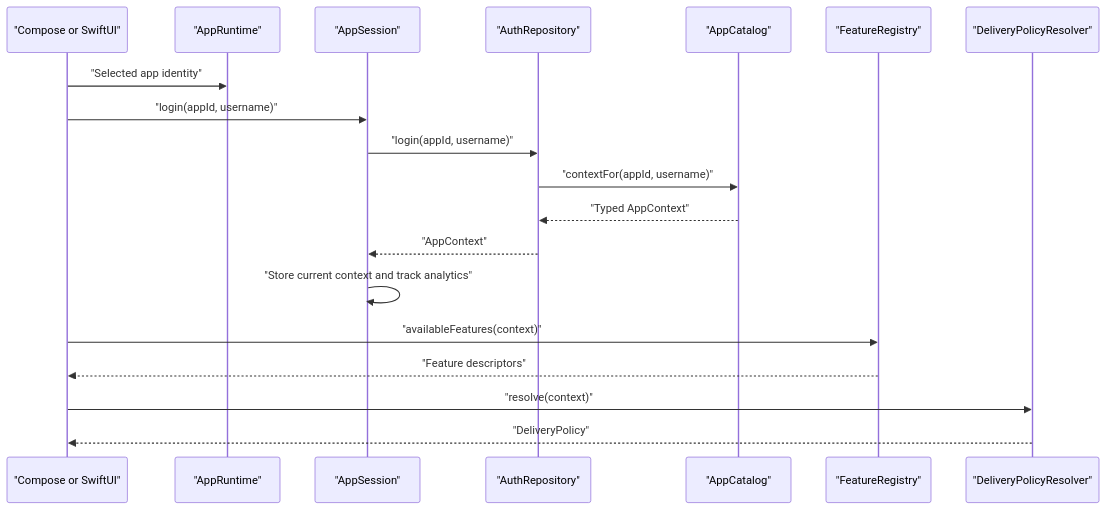
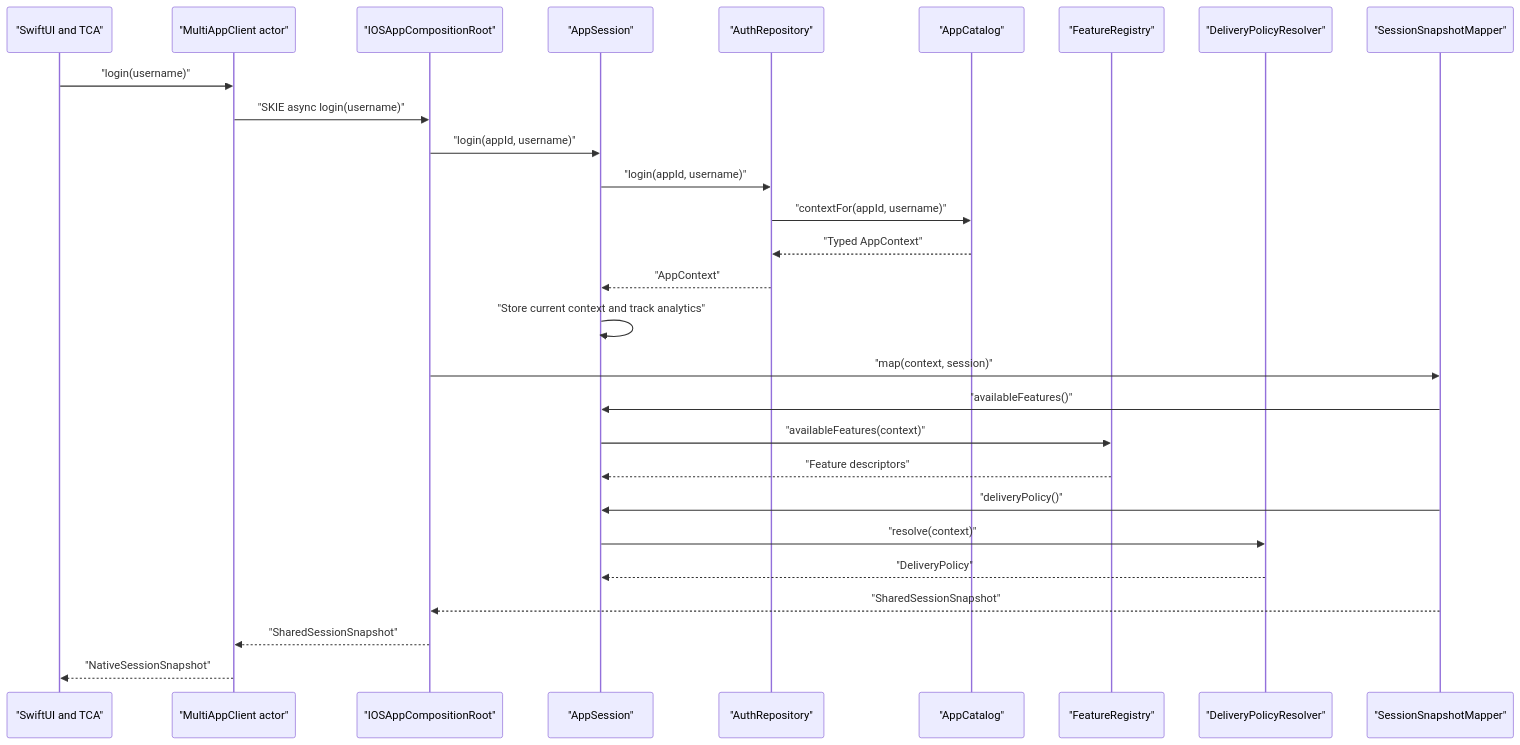
Before and after one commit to a-e-s-h-m-a/kmp-multi-app: the eighth of 8 diagrams in README.md, drawn with Mermaid. The commit also changed other lines of this file and 19 other files, not shown here.

Commit message:
feat: adopt TCA and SKIE for iOS

````diff
--- a/README.md
+++ b/README.md
@@ -805,22 +835,31 @@
 ```mermaid
 sequenceDiagram
-    participant UI as "Compose or SwiftUI"
-    participant Runtime as "AppRuntime"
+    participant UI as "SwiftUI and TCA"
+    participant Client as "MultiAppClient actor"
+    participant Root as "IOSAppCompositionRoot"
     participant Session as "AppSession"
     participant Auth as "AuthRepository"
     participant Catalog as "AppCatalog"
     participant Registry as "FeatureRegistry"
     participant Policy as "DeliveryPolicyResolver"
+    participant Mapper as "SessionSnapshotMapper"
 
-    UI->>Runtime: "Selected app identity"
-    UI->>Session: "login(appId, username)"
+    UI->>Client: "login(username)"
+    Client->>Root: "SKIE async login(username)"
+    Root->>Session: "login(appId, username)"
     Session->>Auth: "login(appId, username)"
     Auth->>Catalog: "contextFor(appId, username)"
     Catalog-->>Auth: "Typed AppContext"
     Auth-->>Session: "AppContext"
     Session->>Session: "Store current context and track analytics"
-    UI->>Registry: "availableFeatures(context)"
-    Registry-->>UI: "Feature descriptors"
-    UI->>Policy: "resolve(context)"
-    Policy-->>UI: "DeliveryPolicy"
+    Root->>Mapper: "map(context, session)"
+    Mapper->>Session: "availableFeatures()"
+    Session->>Registry: "availableFeatures(context)"
+    Registry-->>Session: "Feature descriptors"
+    Mapper->>Session: "deliveryPolicy()"
+    Session->>Policy: "resolve(context)"
+    Policy-->>Session: "DeliveryPolicy"
+    Mapper-->>Root: "SharedSessionSnapshot"
+    Root-->>Client: "SharedSessionSnapshot"
+    Client-->>UI: "NativeSessionSnapshot"
 ```
````
